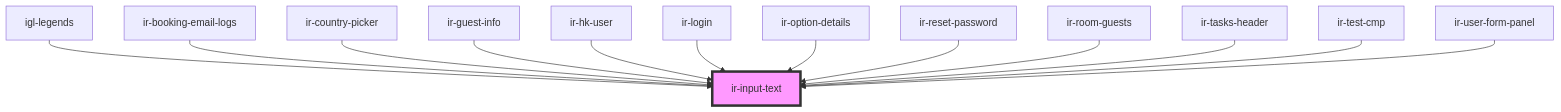
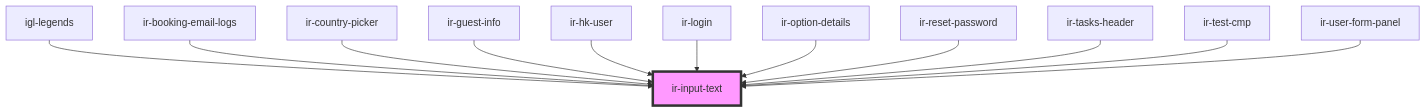
Before and after one commit to David1Chowaifaty/modified-ir-webcmp: the diagram in src/components/ui/ir-input-text/readme.md, drawn with Mermaid. The commit also changed other lines of this file and 35 other files, not shown here.

First line of the commit message:
Add InvoicableItemType and update InvoicableItemSchema for type safety

````diff
--- a/src/components/ui/ir-input-text/readme.md
+++ b/src/components/ui/ir-input-text/readme.md
@@ -120,16 +119,15 @@
 ```mermaid
 graph TD;
   igl-legends --> ir-input-text
   ir-booking-email-logs --> ir-input-text
   ir-country-picker --> ir-input-text
   ir-guest-info --> ir-input-text
   ir-hk-user --> ir-input-text
   ir-login --> ir-input-text
   ir-option-details --> ir-input-text
   ir-reset-password --> ir-input-text
-  ir-room-guests --> ir-input-text
   ir-tasks-header --> ir-input-text
   ir-test-cmp --> ir-input-text
   ir-user-form-panel --> ir-input-text
   style ir-input-text fill:#f9f,stroke:#333,stroke-width:4px
 ```
````
